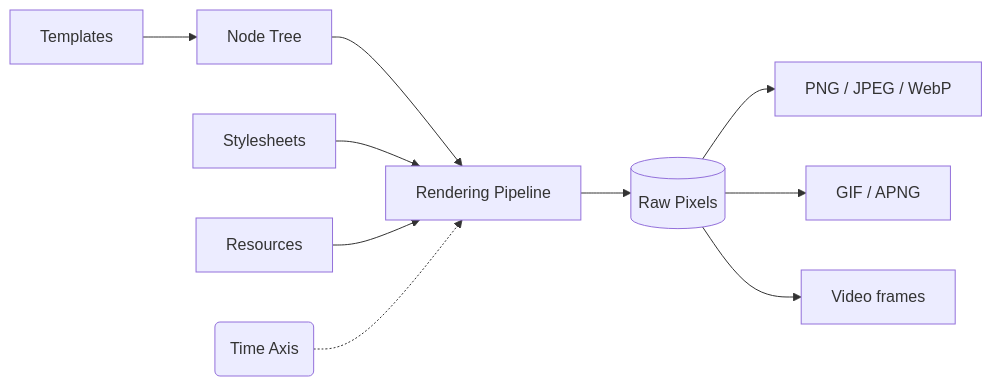
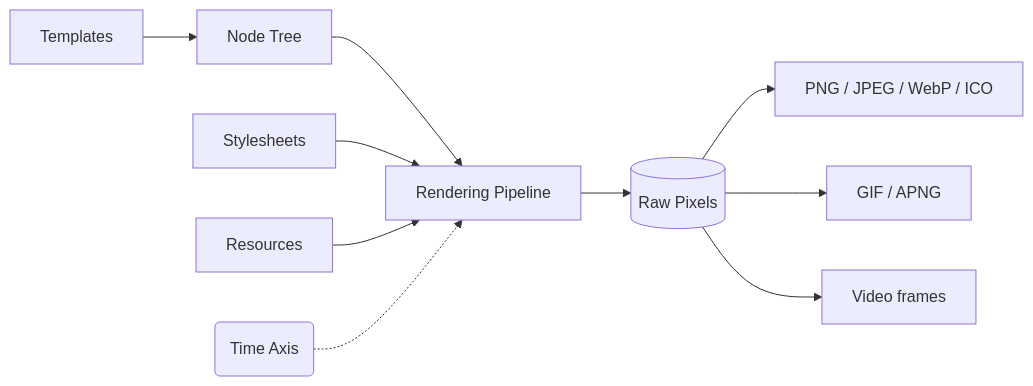
One commit to kane50613/takumi changed the diagram in README.md. Above: the diagram before and after it, drawn with Mermaid. The commit also changed other lines of this file and 17 other files, not shown here.

````diff
--- a/README.md
+++ b/README.md
@@ -35,11 +35,11 @@
 ```mermaid
 flowchart LR
     A[Templates] --> N[Node Tree] --> P[Rendering Pipeline] --> F[(Raw Pixels)]
     C[Stylesheets] --> P
     R[Resources] --> P
     D(Time Axis) -.-> P
 
-    F --> G[PNG / JPEG / WebP]
+    F --> G[PNG / JPEG / WebP / ICO]
     F --> H[GIF / APNG]
     F --> I[Video frames]
 ```
````
